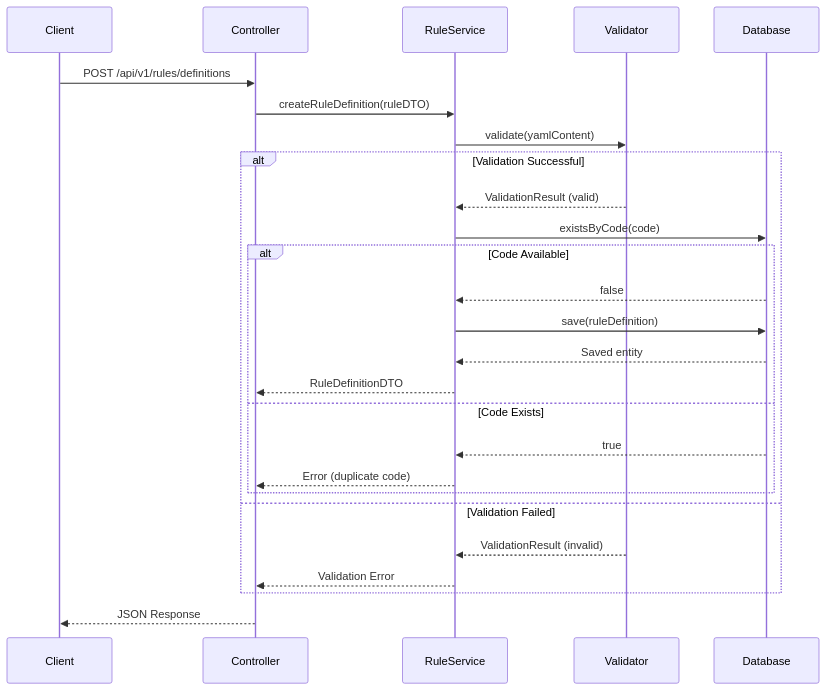
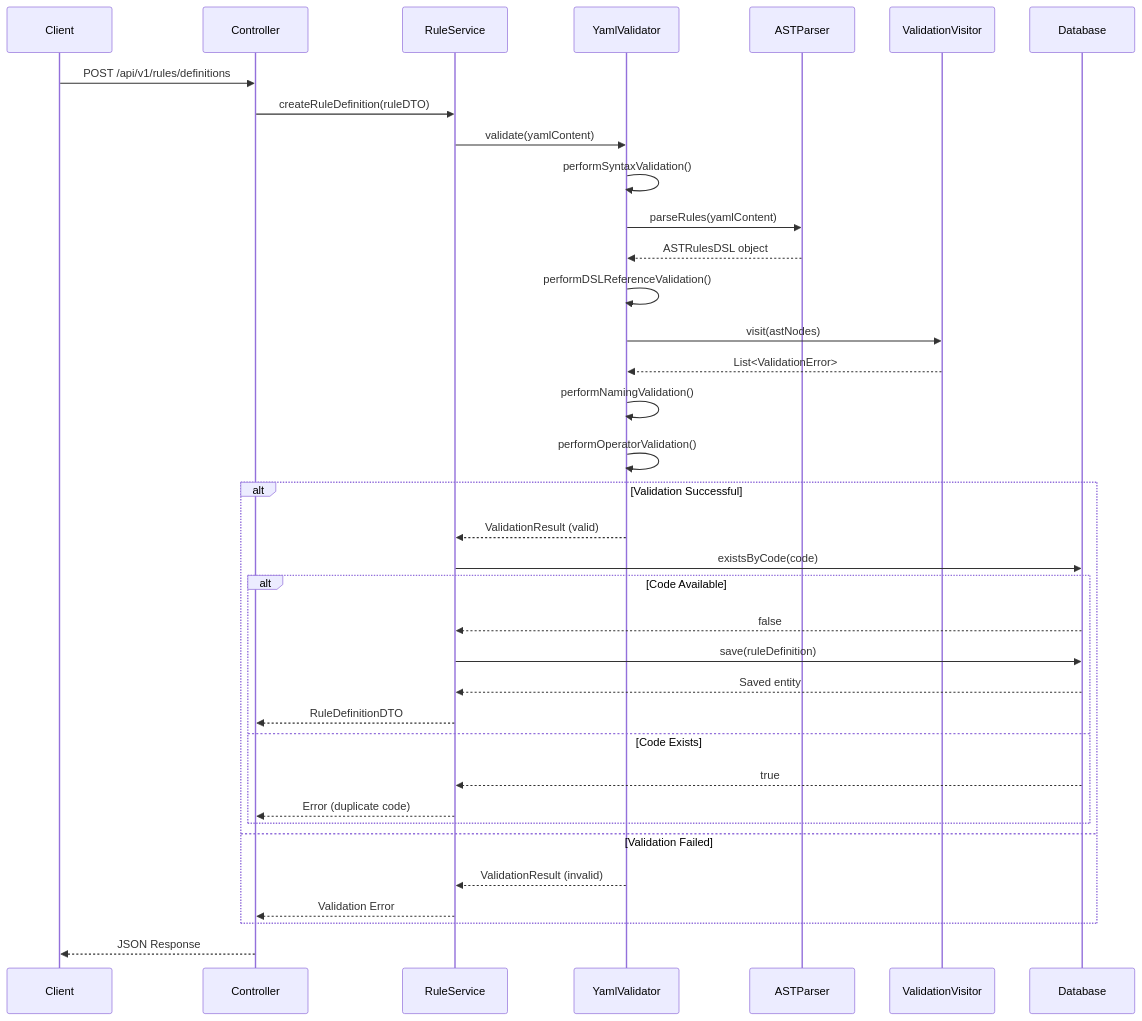
The fifth of 8 diagrams in docs/architecture.md (fireflyframework/fireflyframework-rule-engine), drawn with Mermaid before and after one commit. The commit also changed other lines of this file and 2 other files, not shown here.

````diff
--- a/docs/architecture.md
+++ b/docs/architecture.md
@@ -218,32 +340,43 @@
 ```mermaid
 sequenceDiagram
     participant Client
     participant Controller
     participant RuleService
-    participant Validator
+    participant YamlValidator
+    participant ASTParser
+    participant ValidationVisitor
     participant Database
 
     Client->>Controller: POST /api/v1/rules/definitions
     Controller->>RuleService: createRuleDefinition(ruleDTO)
-    RuleService->>Validator: validate(yamlContent)
+    RuleService->>YamlValidator: validate(yamlContent)
+
+    YamlValidator->>YamlValidator: performSyntaxValidation()
+    YamlValidator->>ASTParser: parseRules(yamlContent)
+    ASTParser-->>YamlValidator: ASTRulesDSL object
+    YamlValidator->>YamlValidator: performDSLReferenceValidation()
+    YamlValidator->>ValidationVisitor: visit(astNodes)
+    ValidationVisitor-->>YamlValidator: List<ValidationError>
+    YamlValidator->>YamlValidator: performNamingValidation()
+    YamlValidator->>YamlValidator: performOperatorValidation()
 
     alt Validation Successful
-        Validator-->>RuleService: ValidationResult (valid)
+        YamlValidator-->>RuleService: ValidationResult (valid)
         RuleService->>Database: existsByCode(code)
 
         alt Code Available
             Database-->>RuleService: false
             RuleService->>Database: save(ruleDefinition)
             Database-->>RuleService: Saved entity
             RuleService-->>Controller: RuleDefinitionDTO
         else Code Exists
             Database-->>RuleService: true
             RuleService-->>Controller: Error (duplicate code)
         end
     else Validation Failed
-        Validator-->>RuleService: ValidationResult (invalid)
+        YamlValidator-->>RuleService: ValidationResult (invalid)
         RuleService-->>Controller: Validation Error
     end
 
     Controller-->>Client: JSON Response
 ```
````
